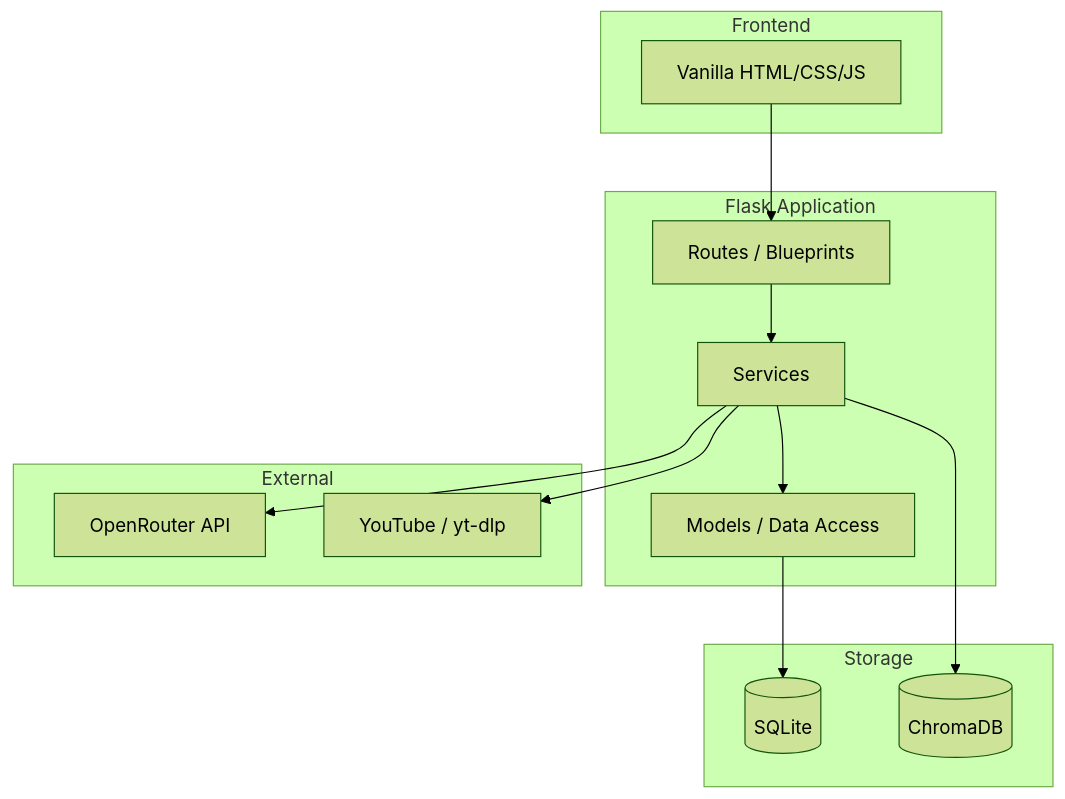
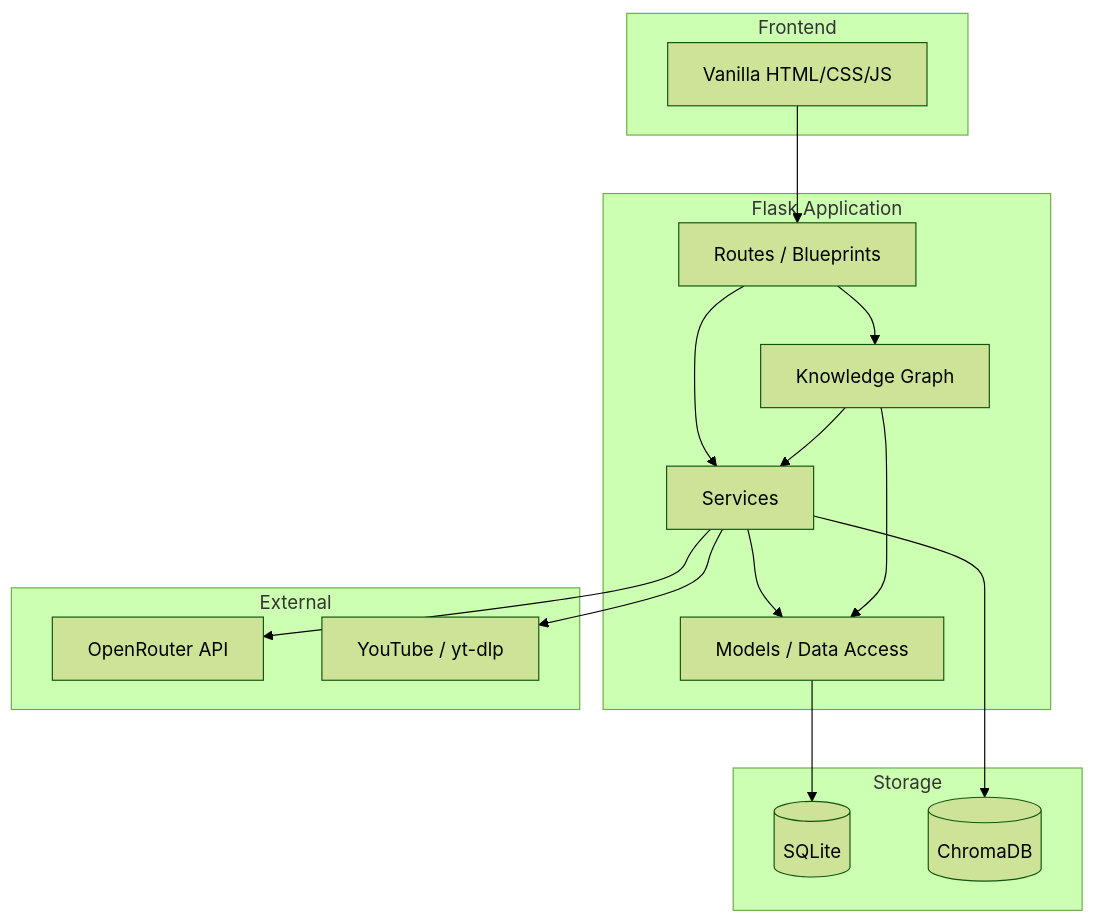
The first of 5 diagrams in docs/ARCHITECTURE.md (AlanNobita/The-second-brain), drawn with Mermaid (forest theme) before and after one commit. The commit also changed other lines of this file and 5 other files, not shown here.

````diff
--- a/docs/ARCHITECTURE.md
+++ b/docs/ARCHITECTURE.md
@@ -5,30 +5,34 @@
 ```mermaid
 graph TB
     subgraph Frontend
         UI[Vanilla HTML/CSS/JS]
     end
 
     subgraph "Flask Application"
         RP[Routes / Blueprints]
         SV[Services]
         MD[Models / Data Access]
+        KG[Knowledge Graph]
     end
 
     subgraph Storage
         SQL[(SQLite)]
         CHR[(ChromaDB)]
     end
 
     subgraph External
         OR[OpenRouter API]
         YT[YouTube / yt-dlp]
     end
 
     UI --> RP
     RP --> SV
+    RP --> KG
     SV --> MD
+    KG --> MD
+    KG --> SV
     MD --> SQL
     SV --> CHR
     SV --> OR
     SV --> YT
 ```
````
